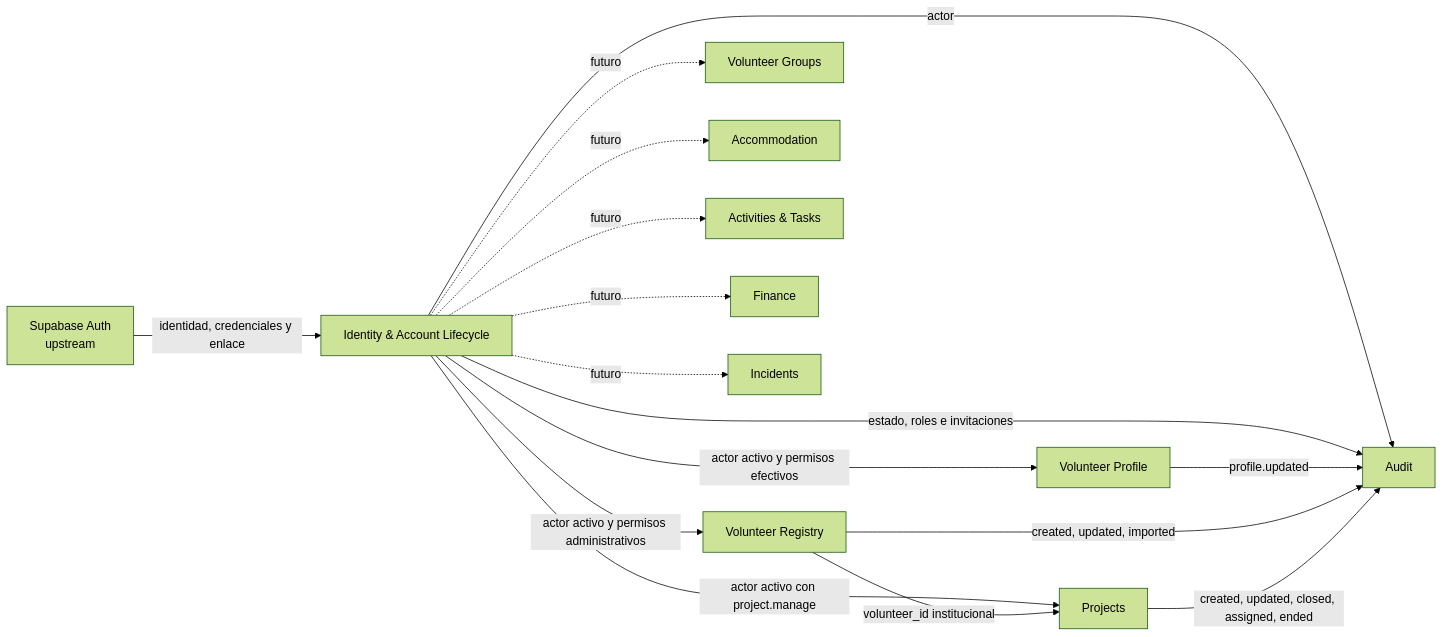
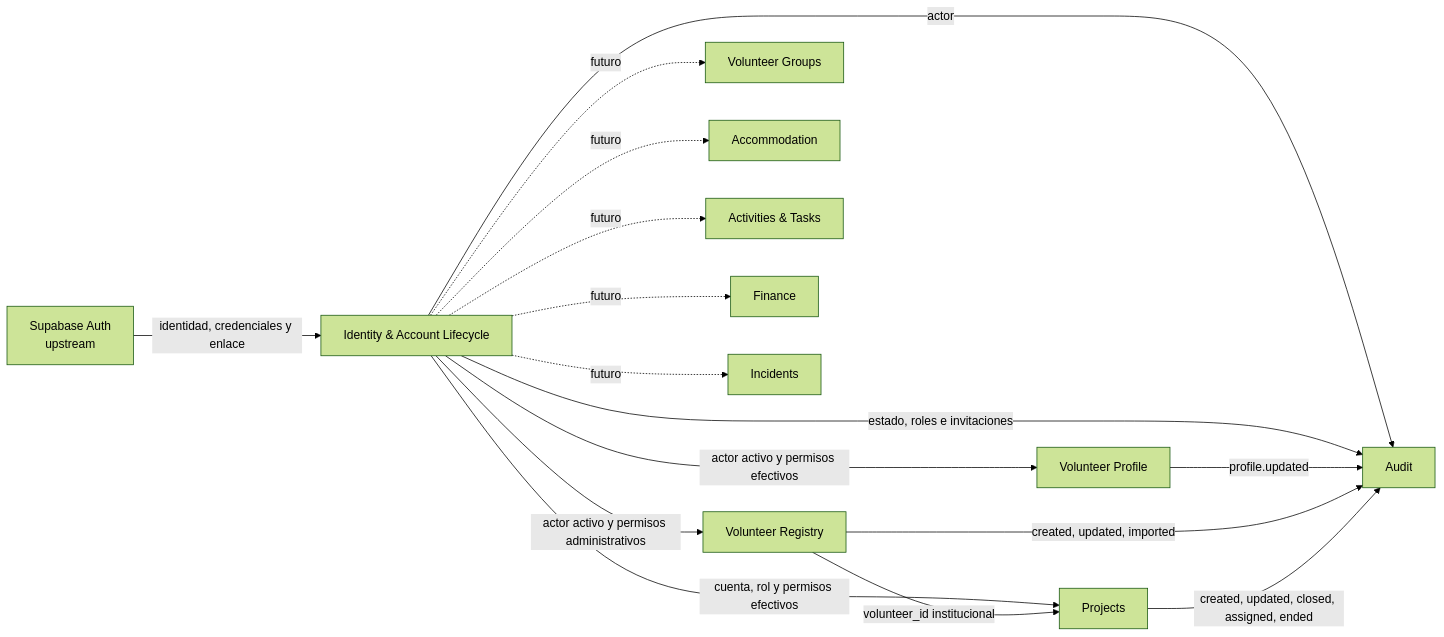
The first of 2 diagrams in docs/architecture/context-map.md (grovergonzalez8/Sistema-Voluntariado), drawn with Mermaid (forest theme) before and after one commit. The commit also changed other lines of this file and 39 other files, not shown here.

````diff
--- a/docs/architecture/context-map.md
+++ b/docs/architecture/context-map.md
@@ -3,18 +3,18 @@
 ```mermaid
 flowchart LR
   Auth["Supabase Auth\nupstream"] -->|identidad, credenciales y enlace| Identity["Identity & Account Lifecycle"]
   Identity -->|actor activo y permisos efectivos| Profile["Volunteer Profile"]
   Identity -->|actor activo y permisos administrativos| Registry["Volunteer Registry"]
-  Identity -->|actor activo con project.manage| Projects["Projects"]
+  Identity -->|cuenta, rol y permisos efectivos| Projects["Projects"]
   Registry -->|volunteer_id institucional| Projects
   Identity -->|actor| Audit["Audit"]
   Identity -->|estado, roles e invitaciones| Audit
   Profile -->|profile.updated| Audit
   Registry -->|created, updated, imported| Audit
   Projects -->|created, updated, closed, assigned, ended| Audit
   Identity -. futuro .-> Groups["Volunteer Groups"]
   Identity -. futuro .-> Accommodation["Accommodation"]
   Identity -. futuro .-> Work["Activities & Tasks"]
   Identity -. futuro .-> Finance["Finance"]
   Identity -. futuro .-> Incidents["Incidents"]
 ```
````
